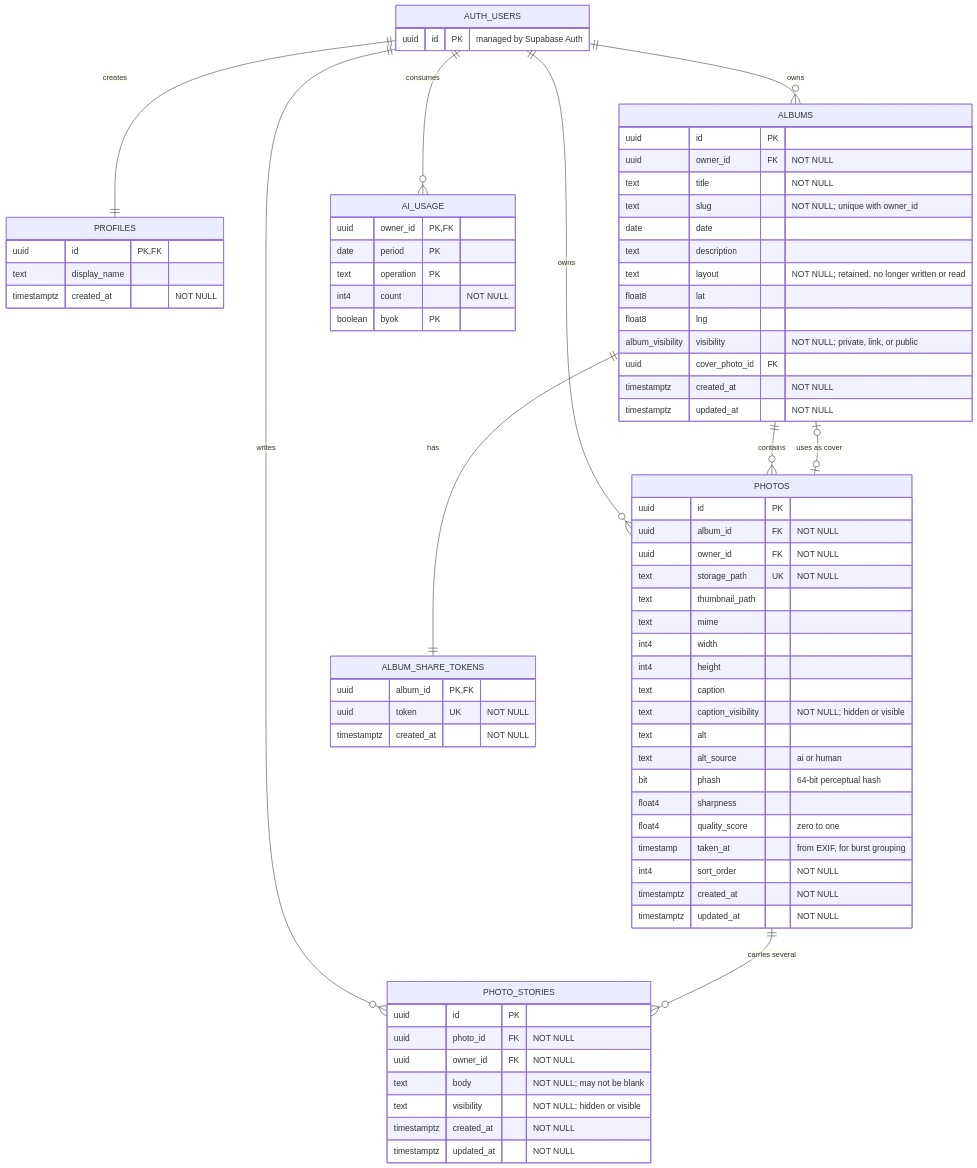
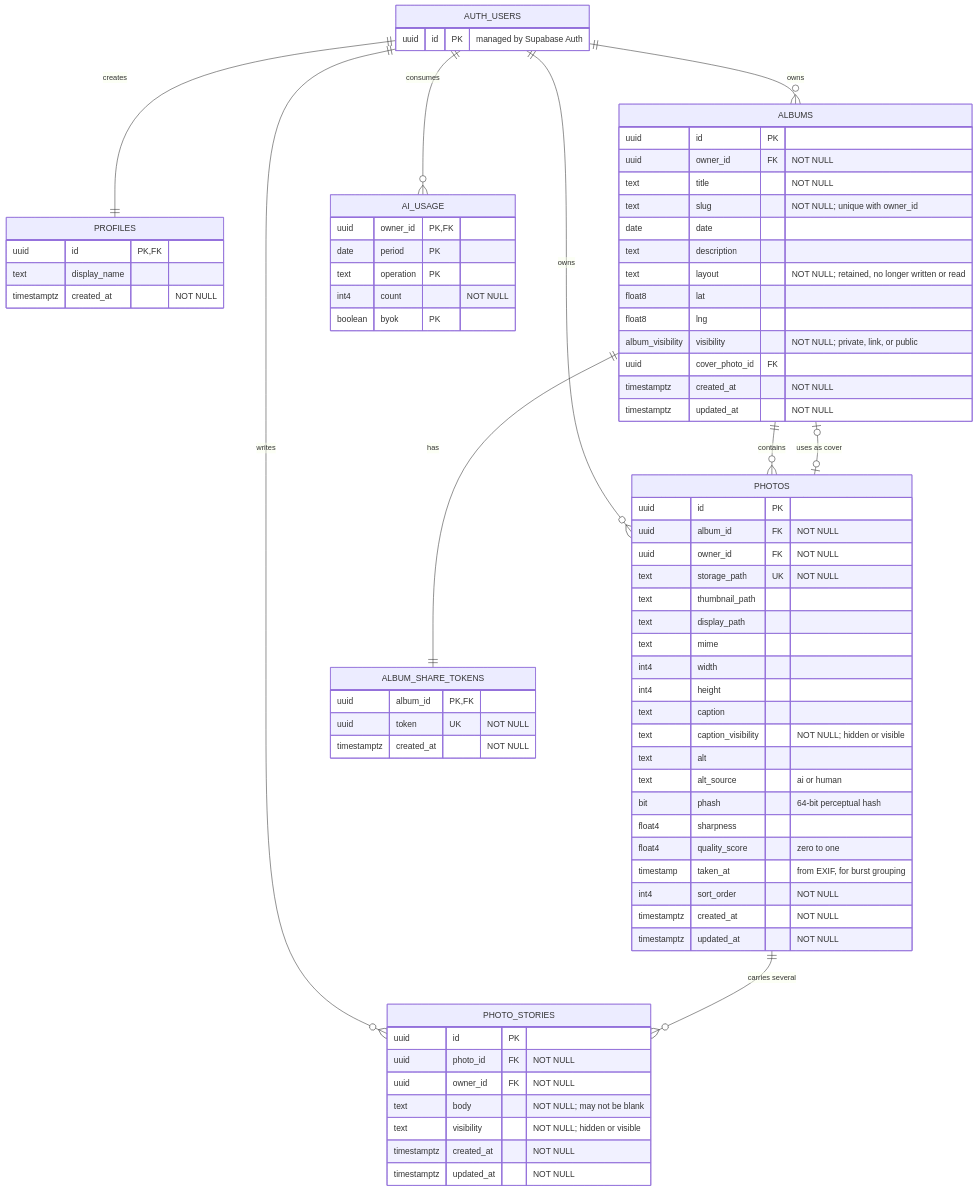
The second of 3 diagrams in docs/project-structure.md (Elizabeth1979/albums-studio), drawn with Mermaid before and after one commit. The commit also changed other lines of this file and 21 other files, not shown here.

```diff
--- a/docs/project-structure.md
+++ b/docs/project-structure.md
@@ -170,6 +170,7 @@
         uuid owner_id FK "NOT NULL"
         text storage_path UK "NOT NULL"
         text thumbnail_path
+        text display_path
         text mime
         int4 width
         int4 height
```
